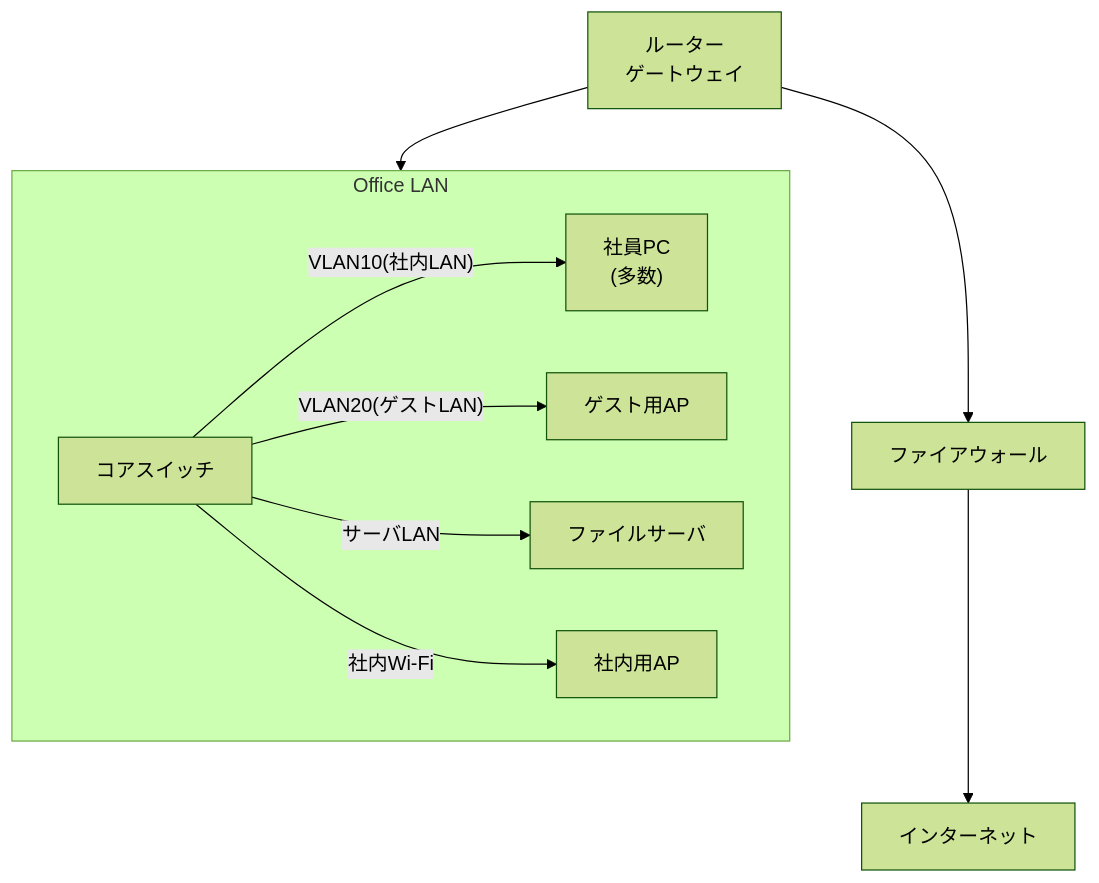
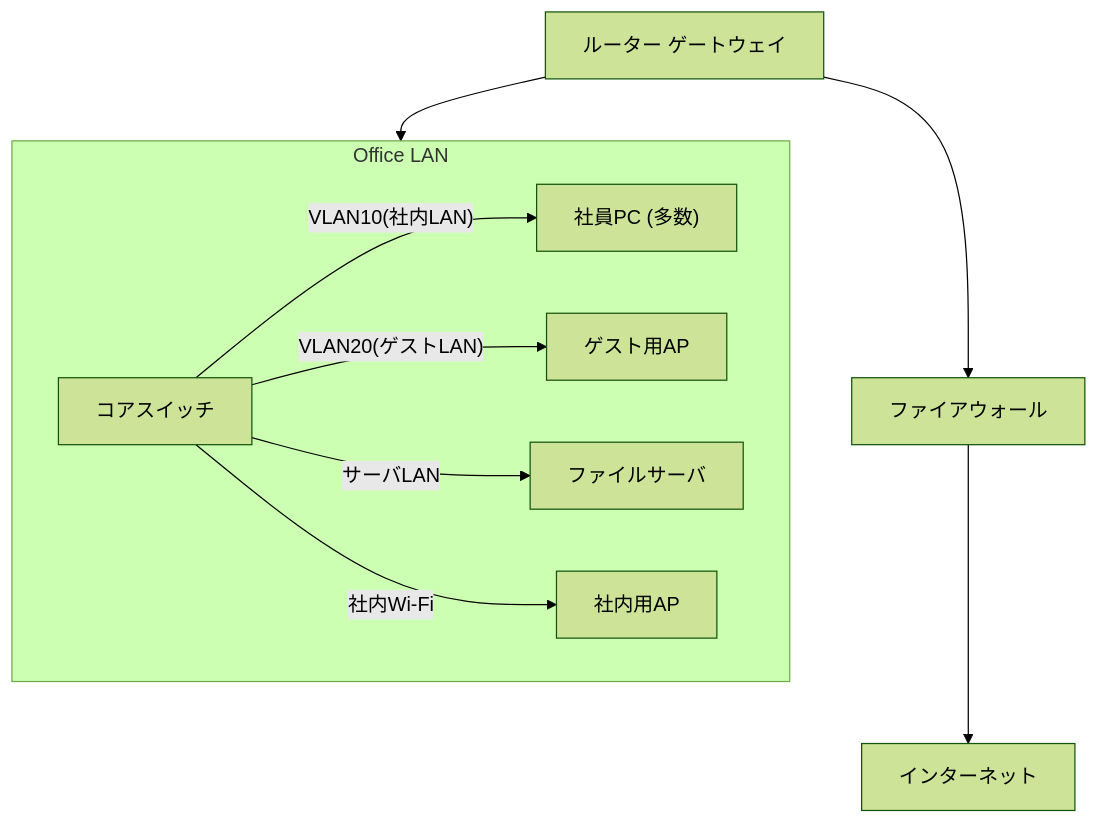
Diagram 13 of 15 in 新人エンジニアが学ぶ無線とIPネットワーク/readme.md (uecken/docs), drawn with Mermaid (forest theme) before and after one commit. The commit also changed other lines of this file, not shown here.

Commit message:
fixed mermaid

````diff
--- a/新人エンジニアが学ぶ無線とIPネットワーク/readme.md
+++ b/新人エンジニアが学ぶ無線とIPネットワーク/readme.md
@@ -189,13 +189,13 @@
 ```mermaid
 graph TB
     subgraph "Office LAN"
       direction LR
-      SW_main["コアスイッチ"] -- "VLAN10(社内LAN)" --> PC_Group["社員PC\n(多数)"]
+      SW_main["コアスイッチ"] -- "VLAN10(社内LAN)" --> PC_Group["社員PC (多数)"]
       SW_main -- "VLAN20(ゲストLAN)" --> GuestAP["ゲスト用AP"]
       SW_main -- "サーバLAN" --> FileSrv["ファイルサーバ"]
       SW_main -- "社内Wi-Fi" --> CorpAP["社内用AP"]
     end
-    RouterGW["ルーター\nゲートウェイ"] --> SW_main
+    RouterGW["ルーター ゲートウェイ"] --> SW_main
     RouterGW --> FW["ファイアウォール"]
     FW --> InternetISP["インターネット"]
 ```
````
